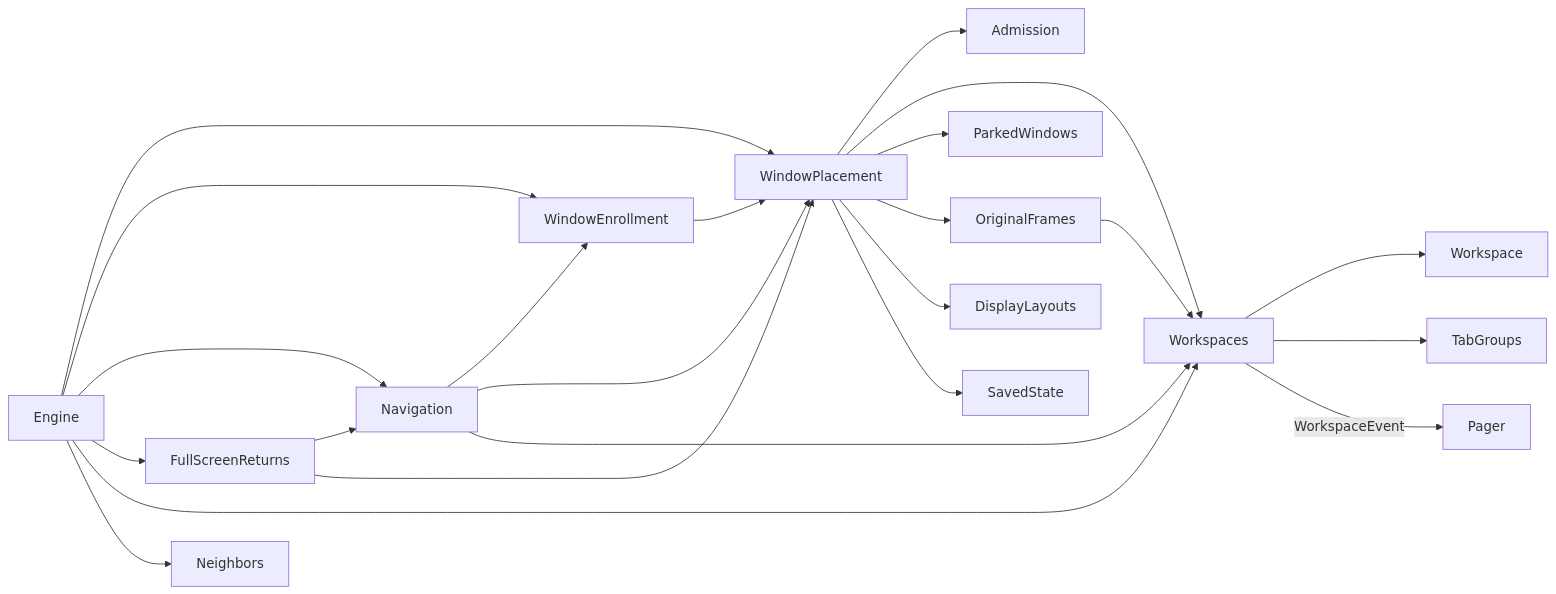
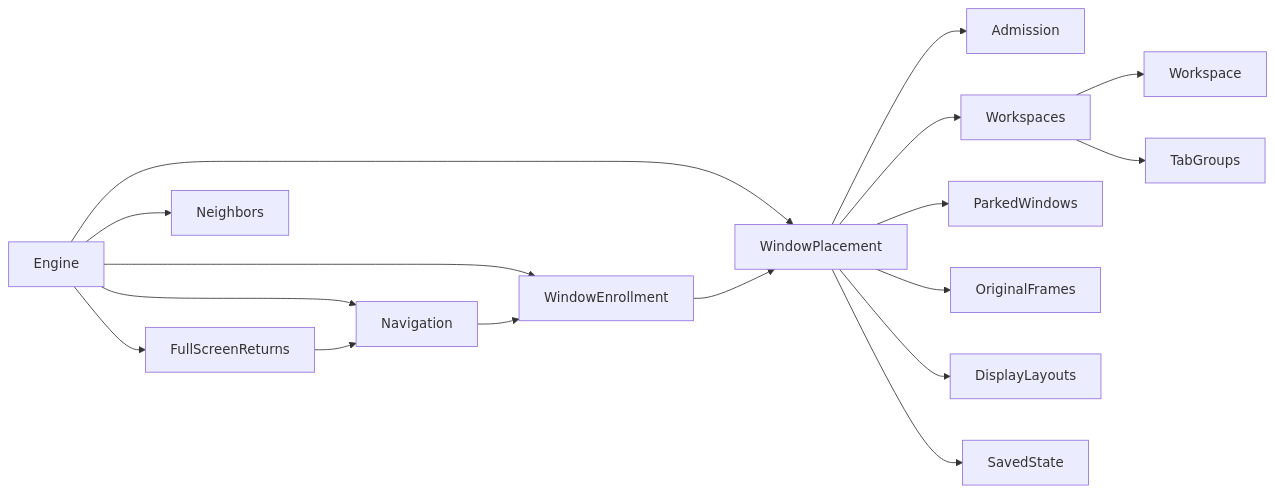
The fifth of 22 diagrams in ARCHITECTURE.md (brennovich/ottowm), drawn with Mermaid before and after one commit. The commit also changed other lines of this file, not shown here.

Commit message:
Re-structure ARCHITECTURE.md

````diff
--- a/ARCHITECTURE.md
+++ b/ARCHITECTURE.md
@@ -145,25 +108,10 @@
 ```mermaid
 flowchart LR
-    Engine --> WindowPlacement
-    Engine --> WindowEnrollment
-    Engine --> Navigation
-    Engine --> FullScreenReturns
-    Engine --> Workspaces
+    Engine --> Navigation & FullScreenReturns & WindowEnrollment & WindowPlacement
     Engine --> Neighbors
-    WindowEnrollment --> WindowPlacement
+    FullScreenReturns --> Navigation
+    Navigation --> WindowEnrollment --> WindowPlacement
     WindowPlacement --> Admission
-    Navigation --> WindowEnrollment
-    Navigation --> WindowPlacement
-    FullScreenReturns --> Navigation
-    FullScreenReturns --> WindowPlacement
-    WindowPlacement --> Workspaces
-    WindowPlacement --> ParkedWindows
-    WindowPlacement --> OriginalFrames
-    WindowPlacement --> DisplayLayouts
-    WindowPlacement --> SavedState
-    OriginalFrames --> Workspaces
-    Navigation --> Workspaces
-    Workspaces --> Workspace
-    Workspaces --> TabGroups
-    Workspaces -->|WorkspaceEvent| Pager
+    WindowPlacement --> Workspaces & ParkedWindows & OriginalFrames & DisplayLayouts & SavedState
+    Workspaces --> Workspace & TabGroups
 ```
````
